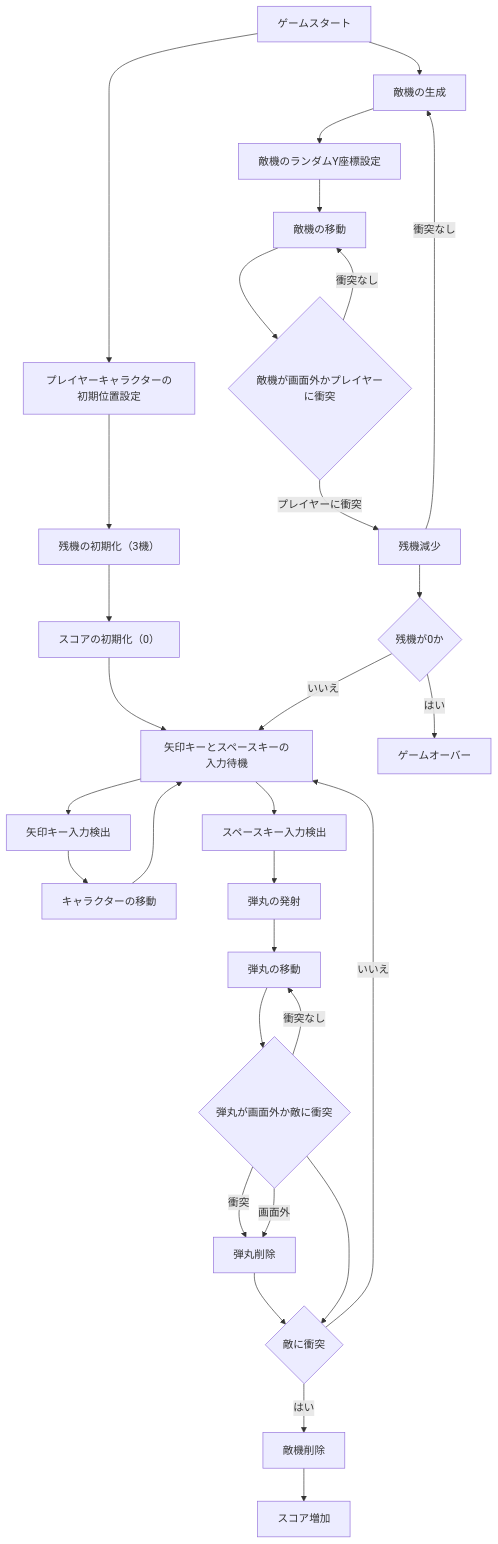
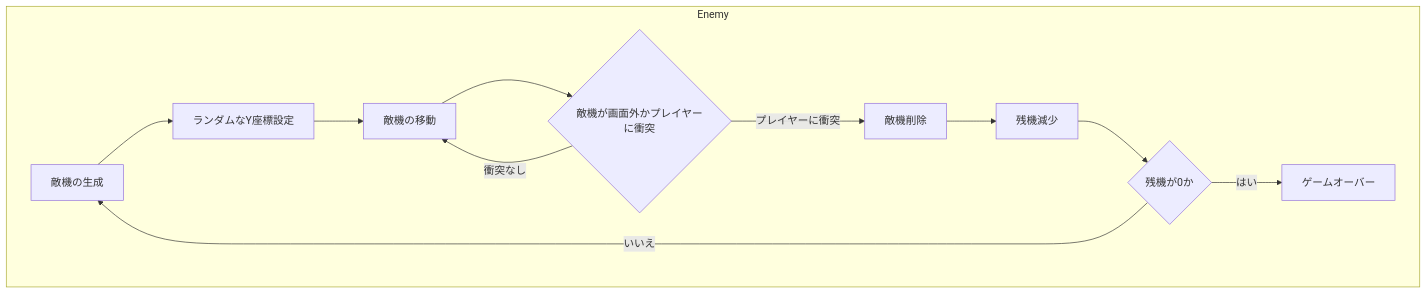
The second of 3 diagrams in シューティングゲーム設計.md (SachoolCloud/ScratchGameDesign), drawn with Mermaid before and after one commit. The commit also changed other lines of this file, not shown here.

````diff
--- a/シューティングゲーム設計.md
+++ b/シューティングゲーム設計.md
@@ -51,38 +77,24 @@
 ```mermaid
 graph TD
-    A[ゲームスタート] --> B[プレイヤーキャラクターの初期位置設定]
-    B --> C[残機の初期化（3機）]
-    C --> D[スコアの初期化（0）]
-    D --> E[矢印キーとスペースキーの入力待機]
-
-    E --> F[矢印キー入力検出]
-    F --> G[キャラクターの移動]
-    G --> E
-
-    E --> H[スペースキー入力検出]
-    H --> I[弾丸の発射]
-    I --> J[弾丸の移動]
-    J --> K{弾丸が画面外か敵に衝突}
-    K -->|衝突なし| J
-    K -->|衝突| L[弾丸削除]
-    L --> M{敵に衝突}
-    M -->|はい| N[敵機削除]
-    N --> O[スコア増加]
-    M -->|いいえ| E
-
-    A --> P[敵機の生成]
-    P --> Q[敵機のランダムY座標設定]
-    Q --> R[敵機の移動]
-    R --> S{敵機が画面外かプレイヤーに衝突}
-    S -->|衝突なし| R
-    S -->|プレイヤーに衝突| T[残機減少]
-    T --> U{残機が0か}
-    U -->|はい| V[ゲームオーバー]
-    U -->|いいえ| E
-
-    T -->|衝突なし| P
-
-    K --> M
-    K -->|画面外| L
+    subgraph Enemy
+        B1[敵機の生成]
+        B2[ランダムなY座標設定]
+        B3[敵機の移動]
+        B4{敵機が画面外かプレイヤーに衝突}
+        B5[敵機削除]
+        B6[残機減少]
+        B7{残機が0か}
+        B8[ゲームオーバー]
+        
+        B1 --> B2
+        B2 --> B3
+        B3 --> B4
+        B4 -->|衝突なし| B3
+        B4 -->|プレイヤーに衝突| B5
+        B5 --> B6
+        B6 --> B7
+        B7 -->|はい| B8
+        B7 -->|いいえ| B1
+    end
 
 ```
````
